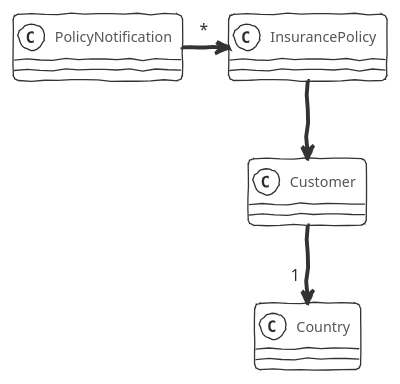
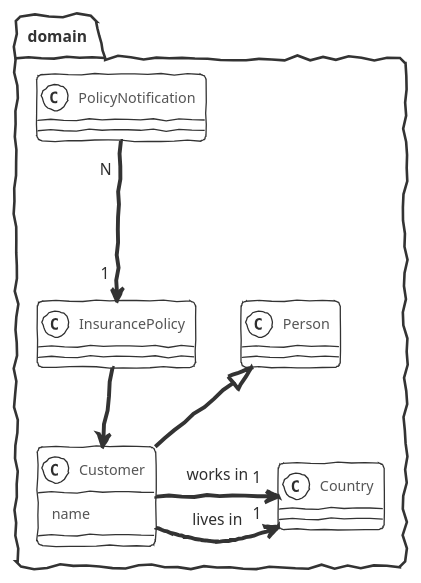
Before and after one commit to victorrentea/clean-architecture: the diagram in adoc/class.puml, drawn with PlantUML. The commit also changed 1 other file, not shown here.

Commit message:
no Lombok @Data on Domain Model

```diff
--- a/adoc/class.puml
+++ b/adoc/class.puml
@@ -1,9 +1,16 @@
 @startuml
 !theme sketchy-outline
 
-class Customer
-
-PolicyNotification "*" -> InsurancePolicy
-Customer --> "1" Country
-InsurancePolicy --> Customer
+package domain {
+    class Person {
+    }
+    class Customer extends Person {
+      name
+    }
+    
+    Customer -> "1" Country : lives in
+    Customer -> "1" Country : works in
+    PolicyNotification "N" ---> "1" InsurancePolicy
+    InsurancePolicy --> Customer
+}
 @enduml
```
